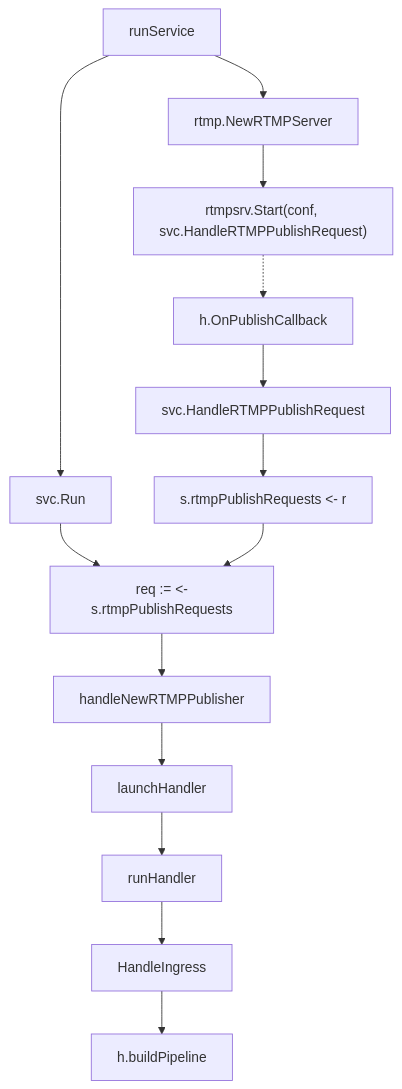
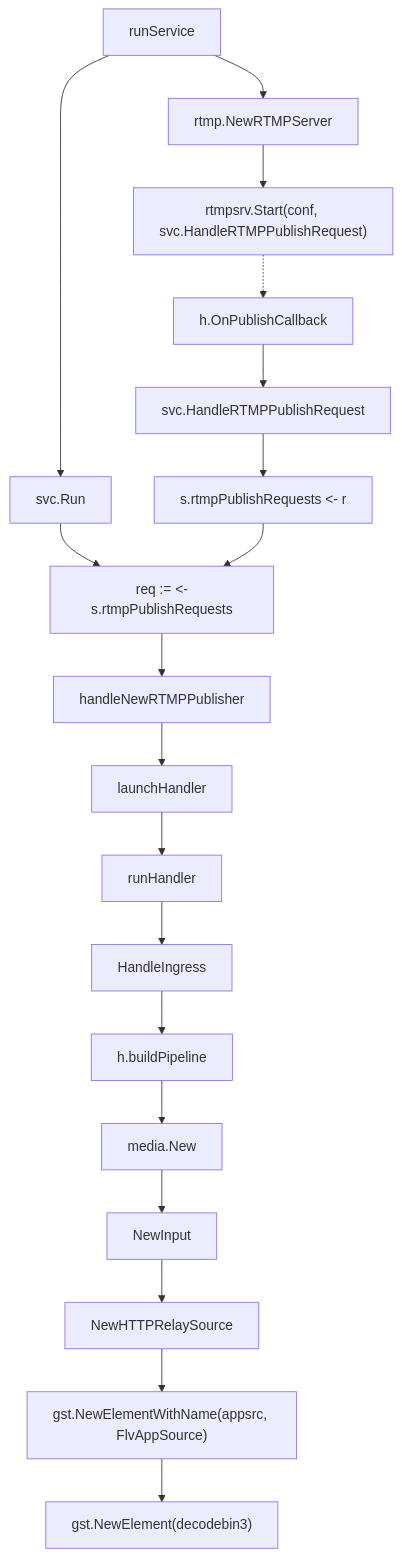
Before and after one commit to jinleileiking/learning-notes: the second of 2 diagrams in livekit.md, drawn with Mermaid.

````diff
--- a/livekit.md
+++ b/livekit.md
@@ -12,6 +12,6 @@
 ```mermaid
 graph TD;
-  runService-->svc.Run-->Q[req := <-s.rtmpPublishRequests]-->handleNewRTMPPublisher-->launchHandler-->runHandler-->HandleIngress-->h.buildPipeline
+  runService-->svc.Run-->Q[req := <-s.rtmpPublishRequests]-->handleNewRTMPPublisher-->launchHandler-->runHandler-->HandleIngress-->h.buildPipeline--> media.New-->NewInput-->NewHTTPRelaySource-->X["gst.NewElementWithName(appsrc, FlvAppSource)"]-->QQ["gst.NewElement(decodebin3)"]
   runService-->rtmp.NewRTMPServer-->Z["rtmpsrv.Start(conf, svc.HandleRTMPPublishRequest)"].->h.OnPublishCallback-->svc.HandleRTMPPublishRequest-->T[s.rtmpPublishRequests <- r]-->Q
 
 ```
````
